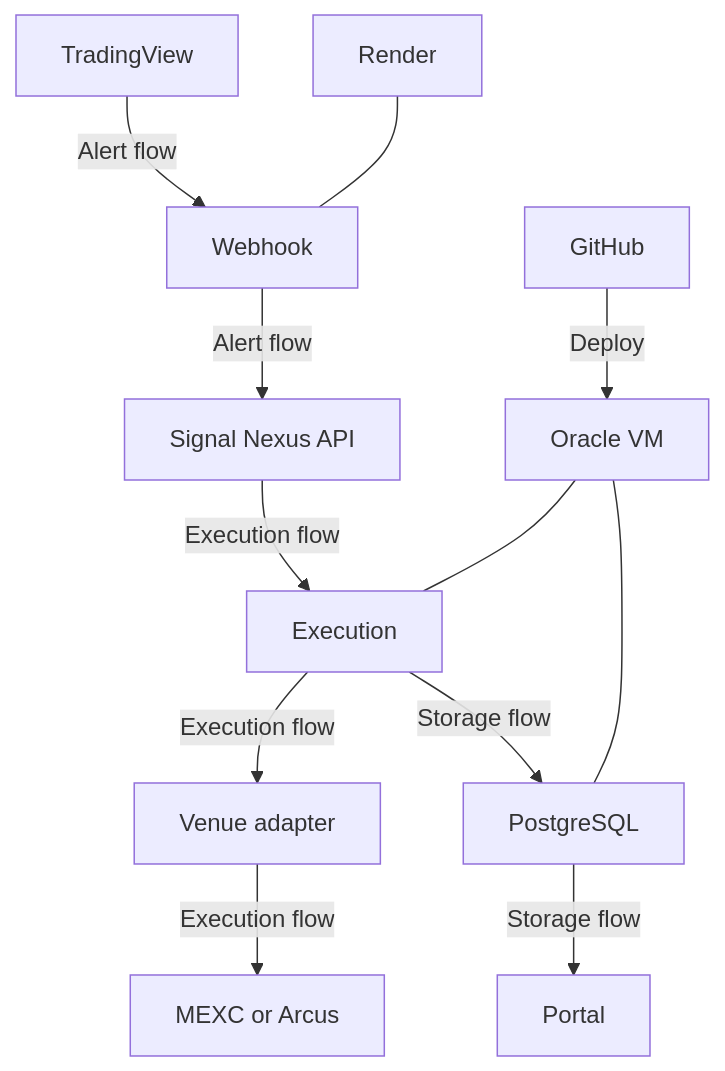
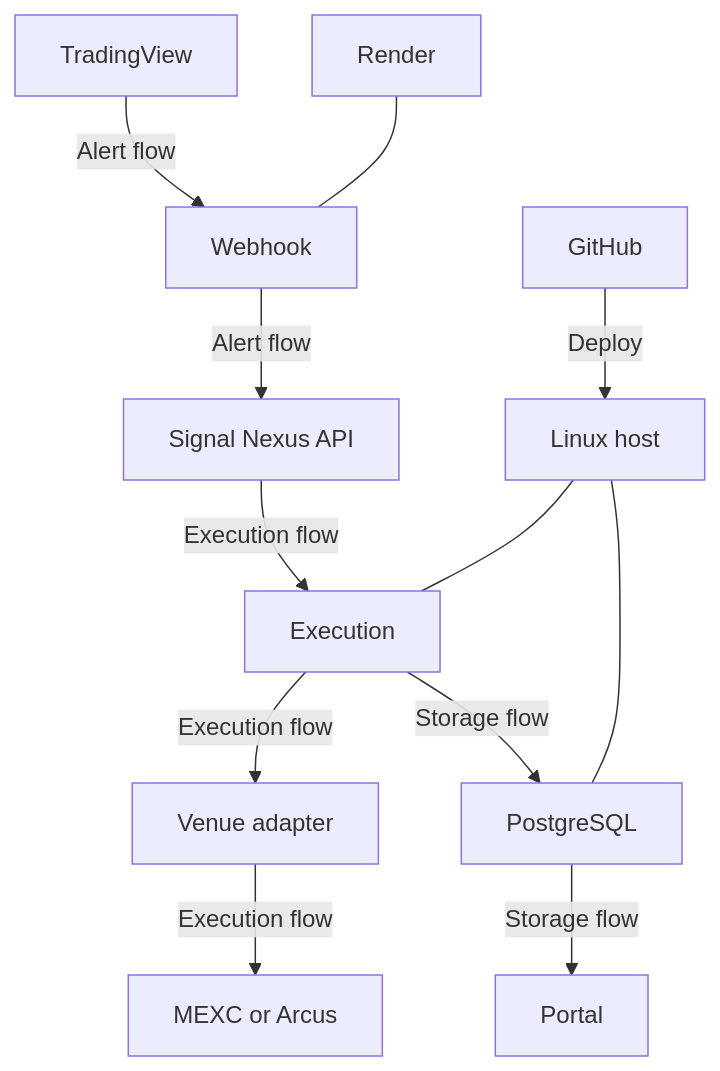
One commit to SignalNexus/signal-nexus changed the third of 5 diagrams in docs/architecture/ARCHITECTURE.md. Above: the diagram before and after it, drawn with Mermaid. The commit also changed other lines of this file and 29 other files, not shown here.

````diff
--- a/docs/architecture/ARCHITECTURE.md
+++ b/docs/architecture/ARCHITECTURE.md
@@ -55,14 +55,14 @@
 ```mermaid
 graph TD
   TradingView -->|Alert flow| Webhook
   Webhook -->|Alert flow| API["Signal Nexus API"]
   API -->|Execution flow| Engine["Execution"]
   Engine -->|Execution flow| Adapter["Venue adapter"]
   Adapter -->|Execution flow| Venue["MEXC or Arcus"]
   Engine -->|Storage flow| Database["PostgreSQL"]
   Database -->|Storage flow| Portal
-  GitHub -->|Deploy| VM["Oracle VM"]
+  GitHub -->|Deploy| VM["Linux host"]
   Render["Render"] --- Webhook
   VM --- Engine
   VM --- Database
 ```
````
